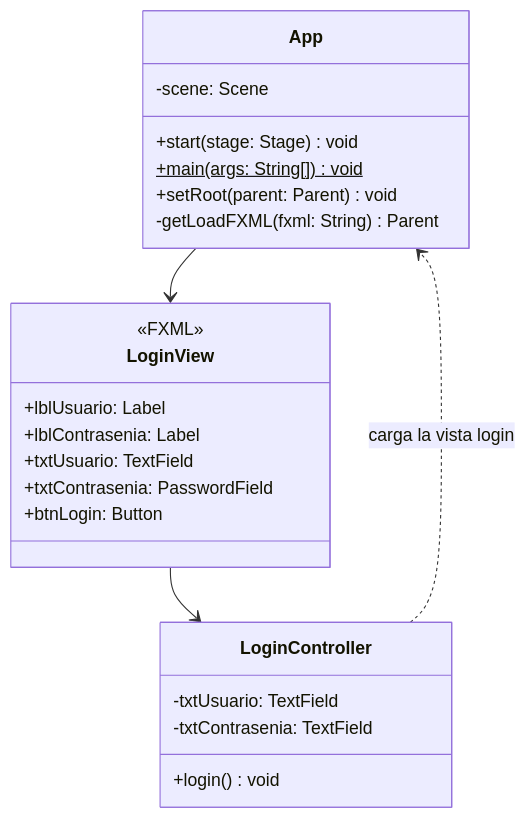
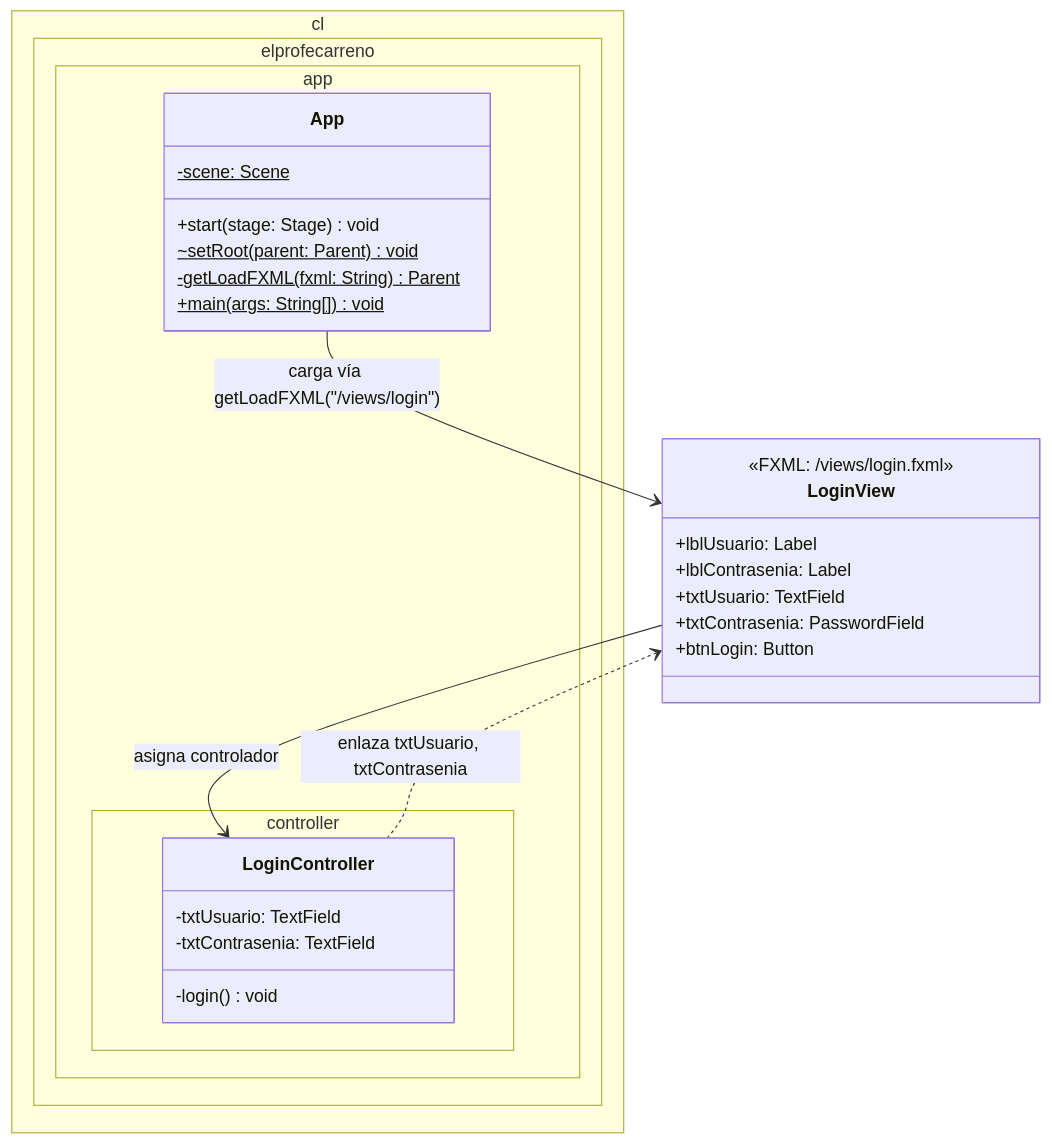
One commit to elprofecarreno/poo-javafx changed the second of 3 diagrams in 03/README.md. Above: the diagram before and after it, drawn with Mermaid. The commit also changed other lines of this file and 35 other files, not shown here.

````diff
--- a/03/README.md
+++ b/03/README.md
@@ -13,29 +66,33 @@
 ```mermaid
 classDiagram
-    class App {
-        -scene: Scene
-        +start(stage: Stage) void
-        +main(args: String[])$ void
-        +setRoot(parent: Parent) void
-        -getLoadFXML(fxml: String) Parent
+    namespace cl.elprofecarreno.app {
+        class App {
+            -scene: Scene$
+            +start(stage: Stage) void
+            ~setRoot(parent: Parent)$ void
+            -getLoadFXML(fxml: String)$ Parent
+            +main(args: String[])$ void
+        }
     }
 
-    class LoginController {
-        -txtUsuario: TextField
-        -txtContrasenia: TextField
-        +login() void
+    namespace cl.elprofecarreno.app.controller {
+        class LoginController {
+            -txtUsuario: TextField
+            -txtContrasenia: TextField
+            -login() void
+        }
     }
 
     class LoginView {
-        <<FXML>>
+        <<FXML: /views/login.fxml>>
         +lblUsuario: Label
         +lblContrasenia: Label
         +txtUsuario: TextField
         +txtContrasenia: PasswordField
         +btnLogin: Button
     }
 
-    App --> LoginView
-    LoginView --> LoginController
-    LoginController ..> App : carga la vista login
+    App --> LoginView : carga vía getLoadFXML("/views/login")
+    LoginView --> LoginController : asigna controlador
+    LoginController ..> LoginView : enlaza txtUsuario, txtContrasenia
 ```
````
